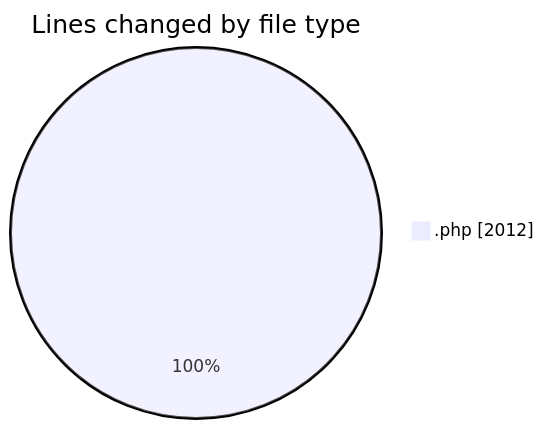
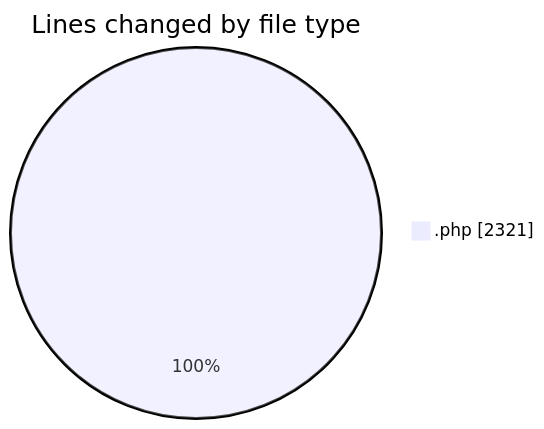
Before and after one commit to debugP/code-tracking: the first of 2 diagrams in 2025-10-07/untitled__workspace_/README.md, drawn with Mermaid. The commit also changed other lines of this file and 1 other file, not shown here.

````diff
--- a/2025-10-07/untitled__workspace_/README.md
+++ b/2025-10-07/untitled__workspace_/README.md
@@ -21,5 +22,5 @@
 ```mermaid
 pie showData
 title Lines changed by file type
-".php" : 2012
+".php" : 2321
 ```
````
